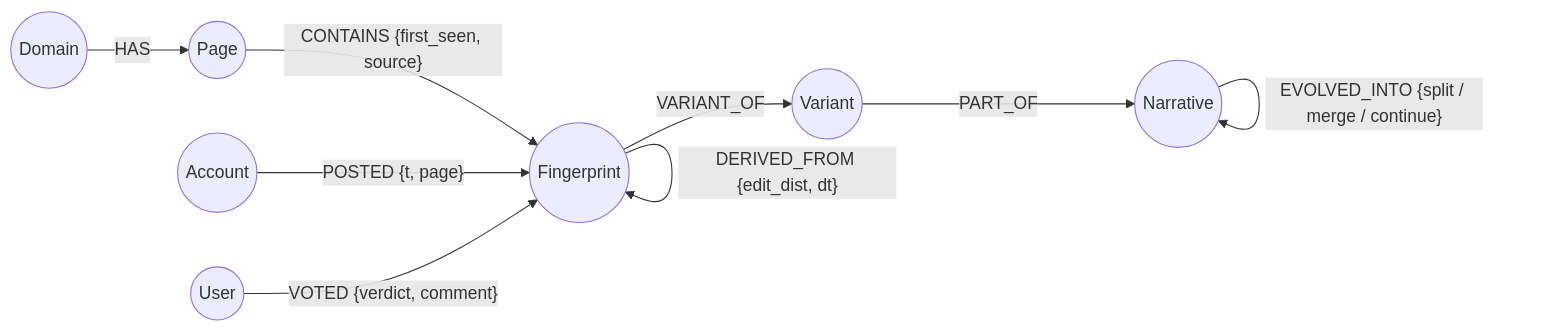
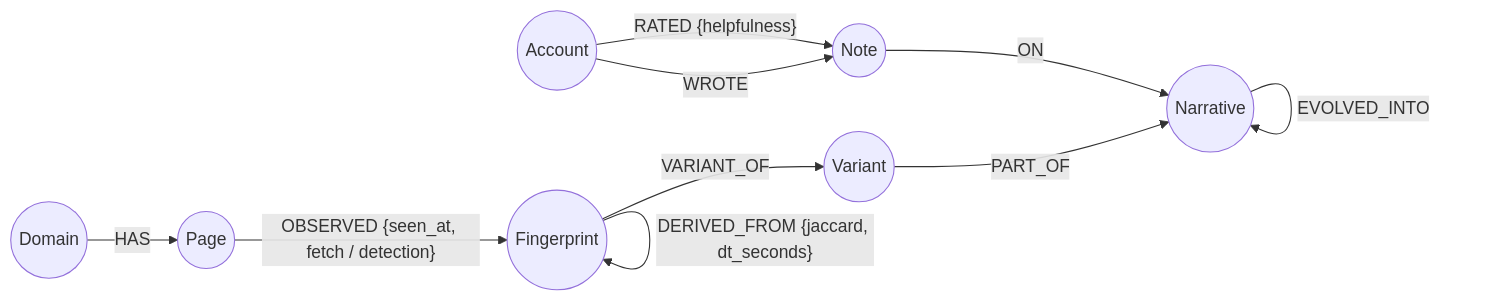
The first of 2 diagrams in docs/data-model.md (nlinnanen/konklaavi), drawn with Mermaid before and after one commit. The commit also changed other lines of this file and 6 other files, not shown here.

````diff
--- a/docs/data-model.md
+++ b/docs/data-model.md
@@ -13,19 +13,20 @@
 ```mermaid
 flowchart LR
-  User((User))
-  Account((Account))
   Domain((Domain))
   Page((Page))
   FP((Fingerprint))
   Var((Variant))
   Nar((Narrative))
+  Note((Note))
+  Acct((Account))
 
   Domain -->|HAS| Page
-  Page -->|"CONTAINS {first_seen, source}"| FP
-  Account -->|"POSTED {t, page}"| FP
+  Page -->|"OBSERVED {seen_at, fetch / detection}"| FP
   FP -->|VARIANT_OF| Var
   Var -->|PART_OF| Nar
-  FP -->|"DERIVED_FROM {edit_dist, dt}"| FP
-  Nar -->|"EVOLVED_INTO {split / merge / continue}"| Nar
-  User -->|"VOTED {verdict, comment}"| FP
+  FP -->|"DERIVED_FROM {jaccard, dt_seconds}"| FP
+  Nar -->|"EVOLVED_INTO"| Nar
+  Note -->|ON| Nar
+  Acct -->|WROTE| Note
+  Acct -->|"RATED {helpfulness}"| Note
 ```
````
